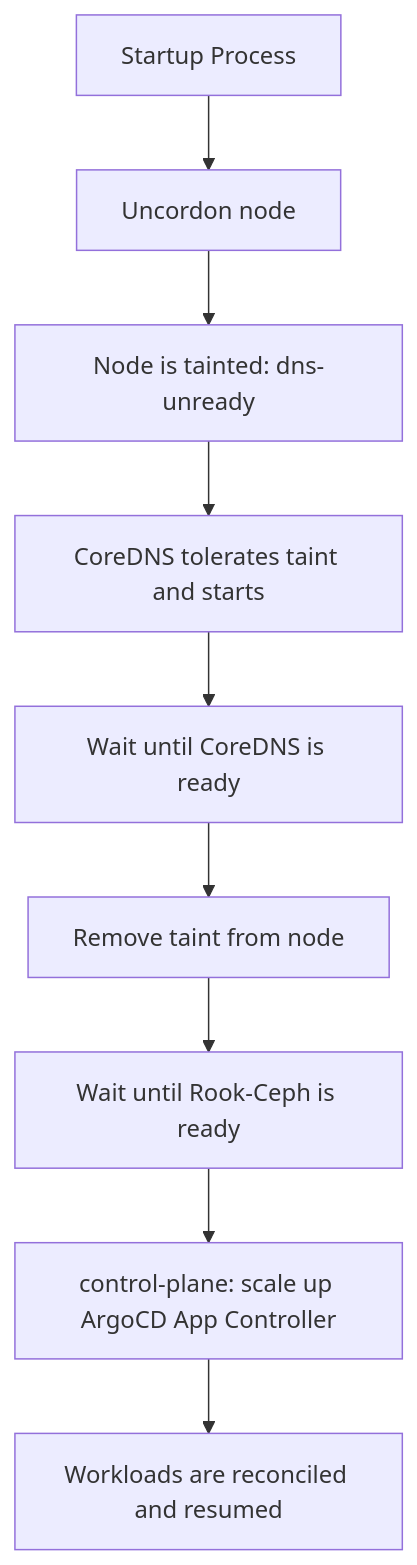
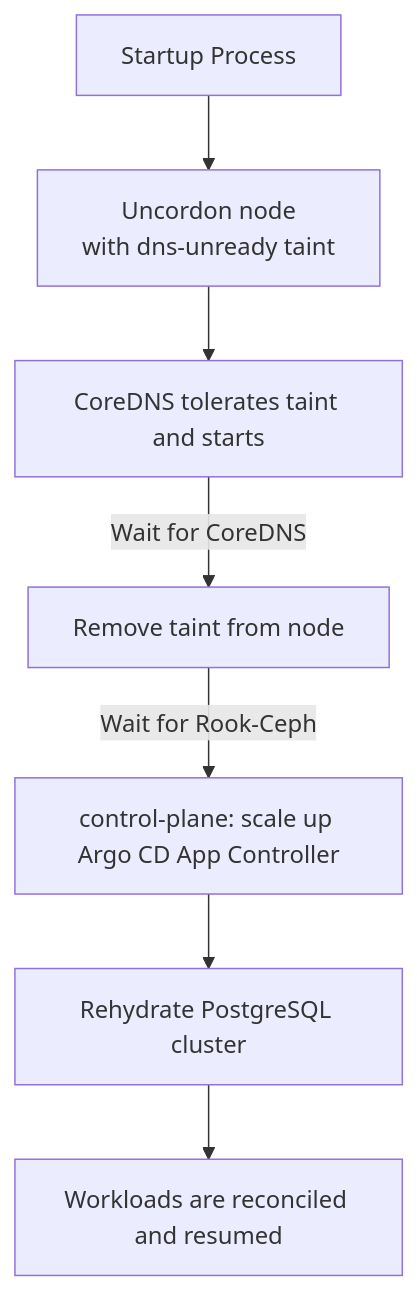
Before and after one commit to Schwitzd/IaC-HomeK3s: the third of 3 diagrams in README.md, drawn with Mermaid. The commit also changed other lines of this file, not shown here.

````diff
--- a/README.md
+++ b/README.md
@@ -472,14 +658,12 @@
 ```mermaid
 flowchart TD
   S1[Startup Process]
-  S2[Uncordon node]
-  S3[Node is tainted: dns-unready]
-  S4[CoreDNS tolerates taint and starts]
-  S5[Wait until CoreDNS is ready]
-  S6[Remove taint from node]
-  S7[Wait until Rook-Ceph is ready]
-  S8[control-plane: scale up ArgoCD App Controller]
-  S9[Workloads are reconciled and resumed]
+  S2[Uncordon node<br/>with dns-unready taint]
+  S3[CoreDNS tolerates taint and starts]
+  S5[Remove taint from node]
+  S6[control-plane: scale up Argo CD App Controller]
+  S7[Rehydrate PostgreSQL cluster]
+  S8[Workloads are reconciled and resumed]
 
-  S1 --> S2 --> S3 --> S4 --> S5 --> S6 --> S7 --> S8 --> S9
+  S1 --> S2 --> S3 -- "Wait for CoreDNS" --> S5 -- "Wait for Rook-Ceph" --> S6 --> S7 --> S8
 ```
````
